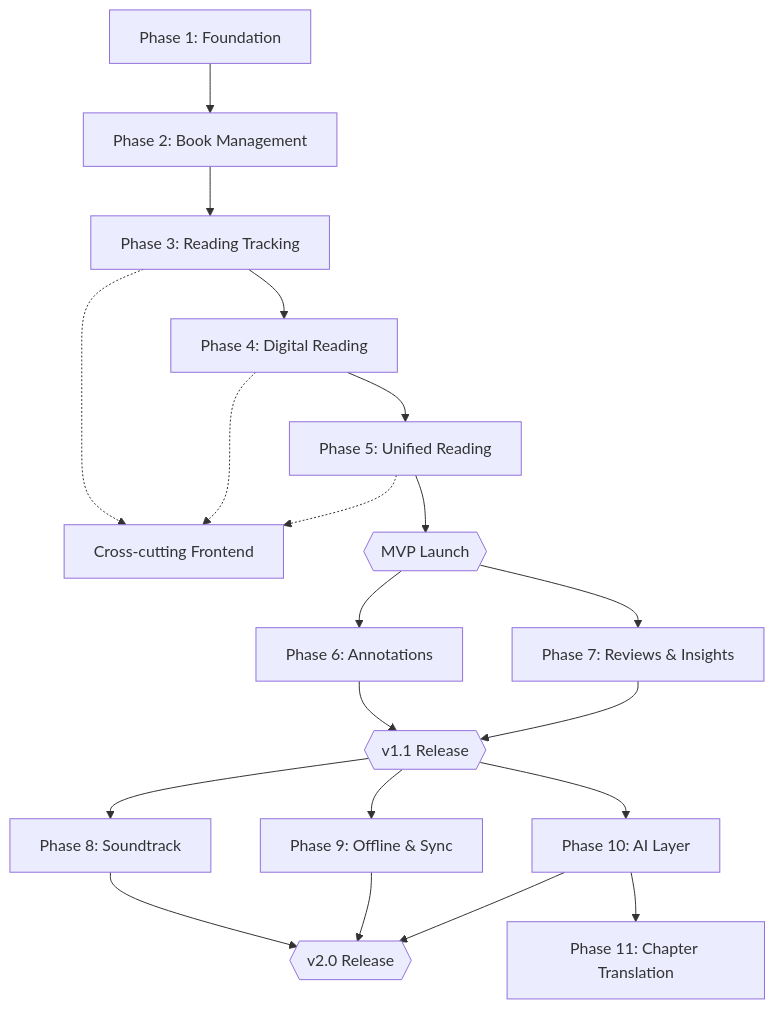
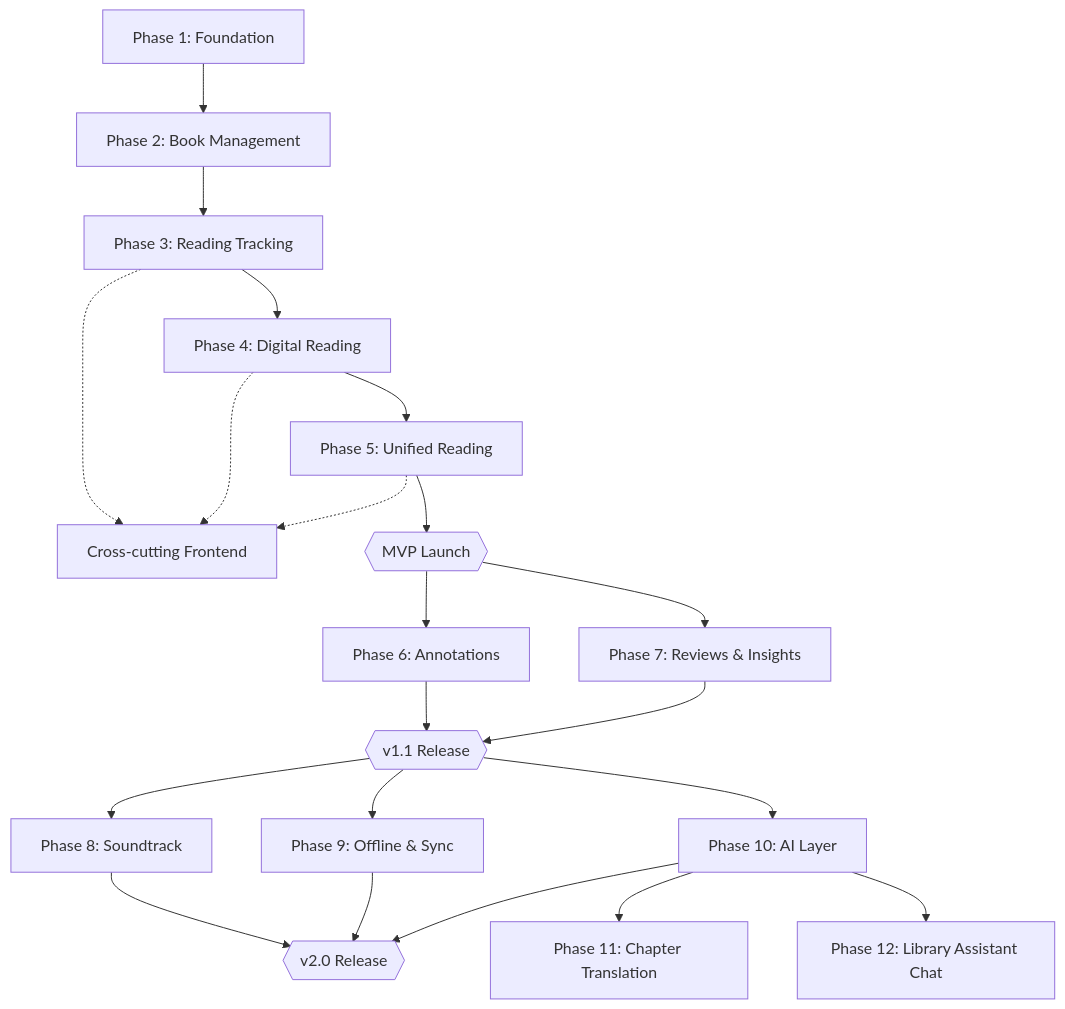
One commit to Aadhikrish23/Bunko changed the diagram in docs/IMPLEMENTATION_PLAN.md. Above: the diagram before and after it, drawn with Mermaid. The commit also changed other lines of this file and 6 other files, not shown here.

First line of the commit message:
docs(phase-12): library assistant chat — requirement change and tickets (T-093)

````diff
--- a/docs/IMPLEMENTATION_PLAN.md
+++ b/docs/IMPLEMENTATION_PLAN.md
@@ -47,22 +48,23 @@
 ```mermaid
 flowchart TD
     P1["Phase 1: Foundation"] --> P2["Phase 2: Book Management"]
     P2 --> P3["Phase 3: Reading Tracking"]
     P3 --> P4["Phase 4: Digital Reading"]
     P4 --> P5["Phase 5: Unified Reading"]
     P3 -.-> XF["Cross-cutting Frontend"]
     P4 -.-> XF
     P5 -.-> XF
     P5 --> MVP{{"MVP Launch"}}
     MVP --> P6["Phase 6: Annotations"]
     MVP --> P7["Phase 7: Reviews & Insights"]
     P6 --> V11{{"v1.1 Release"}}
     P7 --> V11
     V11 --> P8["Phase 8: Soundtrack"]
     V11 --> P9["Phase 9: Offline & Sync"]
     V11 --> P10["Phase 10: AI Layer"]
     P8 --> V2{{"v2.0 Release"}}
     P9 --> V2
     P10 --> V2
     P10 --> P11["Phase 11: Chapter Translation"]
+    P10 --> P12["Phase 12: Library Assistant Chat"]
 ```
````
